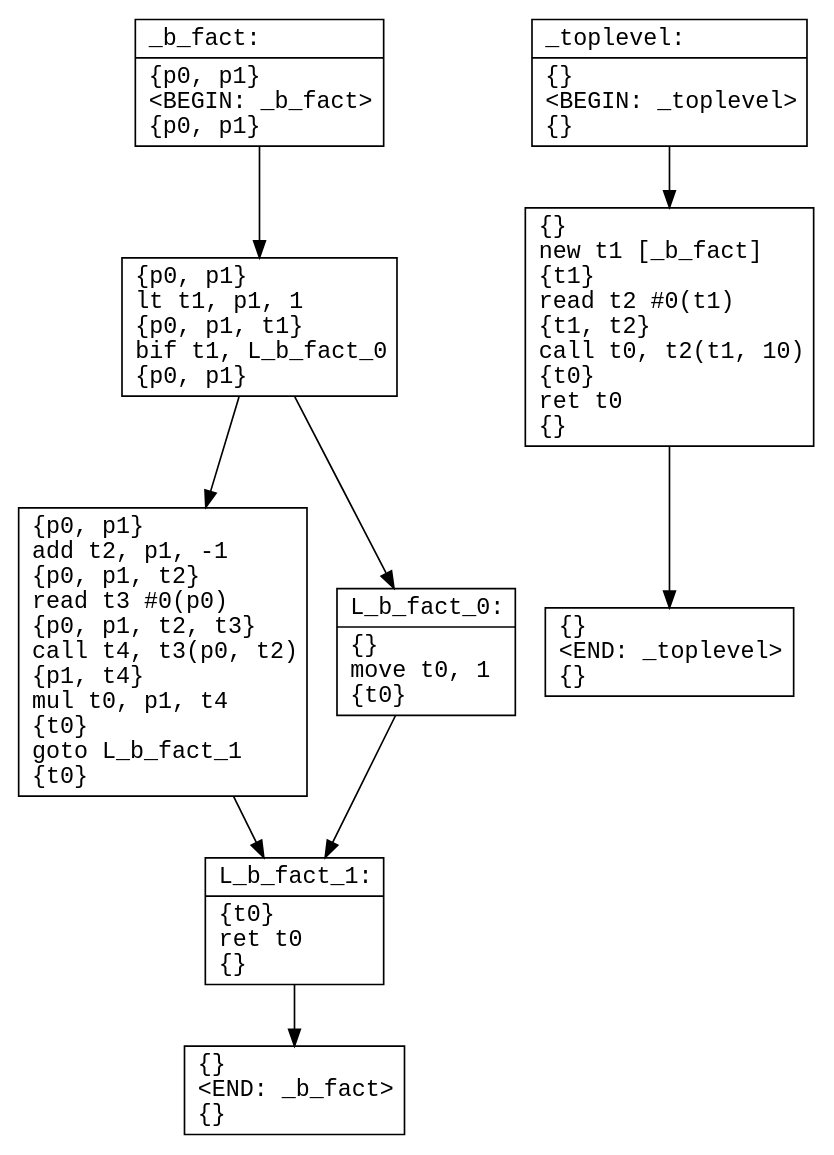
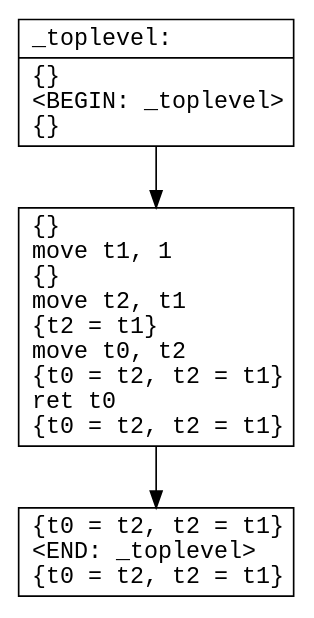
Before and after one commit to ore-puzzle/le4com: the diagram in code/cfg_tmp.dot, drawn with Graphviz. The commit also changed 37 other files, not shown here.

```diff
--- a/code/cfg_tmp.dot
+++ b/code/cfg_tmp.dot
@@ -1,23 +1,9 @@
 digraph CFG {
   node [shape=record fontname="courier"]
-  _b_fact0 [label="{_b_fact:\l|\{p0, p1\}\l\<BEGIN: _b_fact\>\l\{p0, p1\}\l}"];
-  _b_fact1 [label="{\{p0, p1\}\llt  t1, p1, 1\l\{p0, p1, t1\}\lbif  t1, L_b_fact_0\l\{p0, p1\}\l}"];
-  _b_fact2 [label="{\{p0, p1\}\ladd  t2, p1, -1\l\{p0, p1, t2\}\lread  t3 #0(p0)\l\{p0, p1, t2, t3\}\lcall  t4, t3(p0, t2)\l\{p1, t4\}\lmul  t0, p1, t4\l\{t0\}\lgoto  L_b_fact_1\l\{t0\}\l}"];
-  _b_fact3 [label="{L_b_fact_0:\l|\{\}\lmove  t0, 1\l\{t0\}\l}"];
-  _b_fact4 [label="{L_b_fact_1:\l|\{t0\}\lret  t0\l\{\}\l}"];
-  _b_fact5 [label="{\{\}\l\<END: _b_fact\>\l\{\}\l}"];
-
-  _b_fact0 -> _b_fact1
-  _b_fact1 -> _b_fact3
-  _b_fact1 -> _b_fact2
-  _b_fact2 -> _b_fact4
-  _b_fact3 -> _b_fact4
-  _b_fact4 -> _b_fact5
-  
   _toplevel0 [label="{_toplevel:\l|\{\}\l\<BEGIN: _toplevel\>\l\{\}\l}"];
-  _toplevel1 [label="{\{\}\lnew  t1 [_b_fact]\l\{t1\}\lread  t2 #0(t1)\l\{t1, t2\}\lcall  t0, t2(t1, 10)\l\{t0\}\lret  t0\l\{\}\l}"];
-  _toplevel2 [label="{\{\}\l\<END: _toplevel\>\l\{\}\l}"];
+  _toplevel1 [label="{\{\}\lmove  t1, 1\l\{\}\lmove  t2, t1\l\{t2 = t1\}\lmove  t0, t2\l\{t0 = t2, t2 = t1\}\lret  t0\l\{t0 = t2, t2 = t1\}\l}"];
+  _toplevel2 [label="{\{t0 = t2, t2 = t1\}\l\<END: _toplevel\>\l\{t0 = t2, t2 = t1\}\l}"];
 
   _toplevel0 -> _toplevel1
   _toplevel1 -> _toplevel2
   }
```
